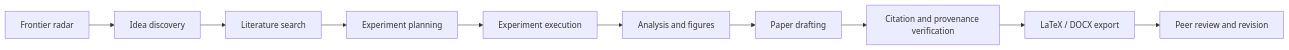
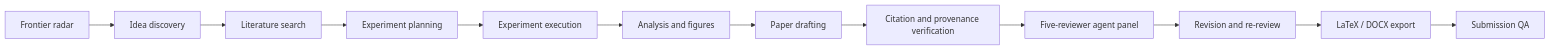
The diagram in README.md (fengmo11/awesome-paper-research-skills), drawn with Mermaid before and after one commit. The commit also changed other lines of this file and 11 other files, not shown here.

Commit message:
Add five reviewer paper gate

````diff
--- a/README.md
+++ b/README.md
@@ -51,12 +52,14 @@
 ```mermaid
 flowchart LR
   A["Frontier radar"] --> B["Idea discovery"]
   B --> C["Literature search"]
   C --> D["Experiment planning"]
   D --> E["Experiment execution"]
   E --> F["Analysis and figures"]
   F --> G["Paper drafting"]
   G --> H["Citation and provenance verification"]
-  H --> I["LaTeX / DOCX export"]
-  I --> J["Peer review and revision"]
+  H --> I["Five-reviewer agent panel"]
+  I --> J["Revision and re-review"]
+  J --> K["LaTeX / DOCX export"]
+  K --> L["Submission QA"]
 ```
````
